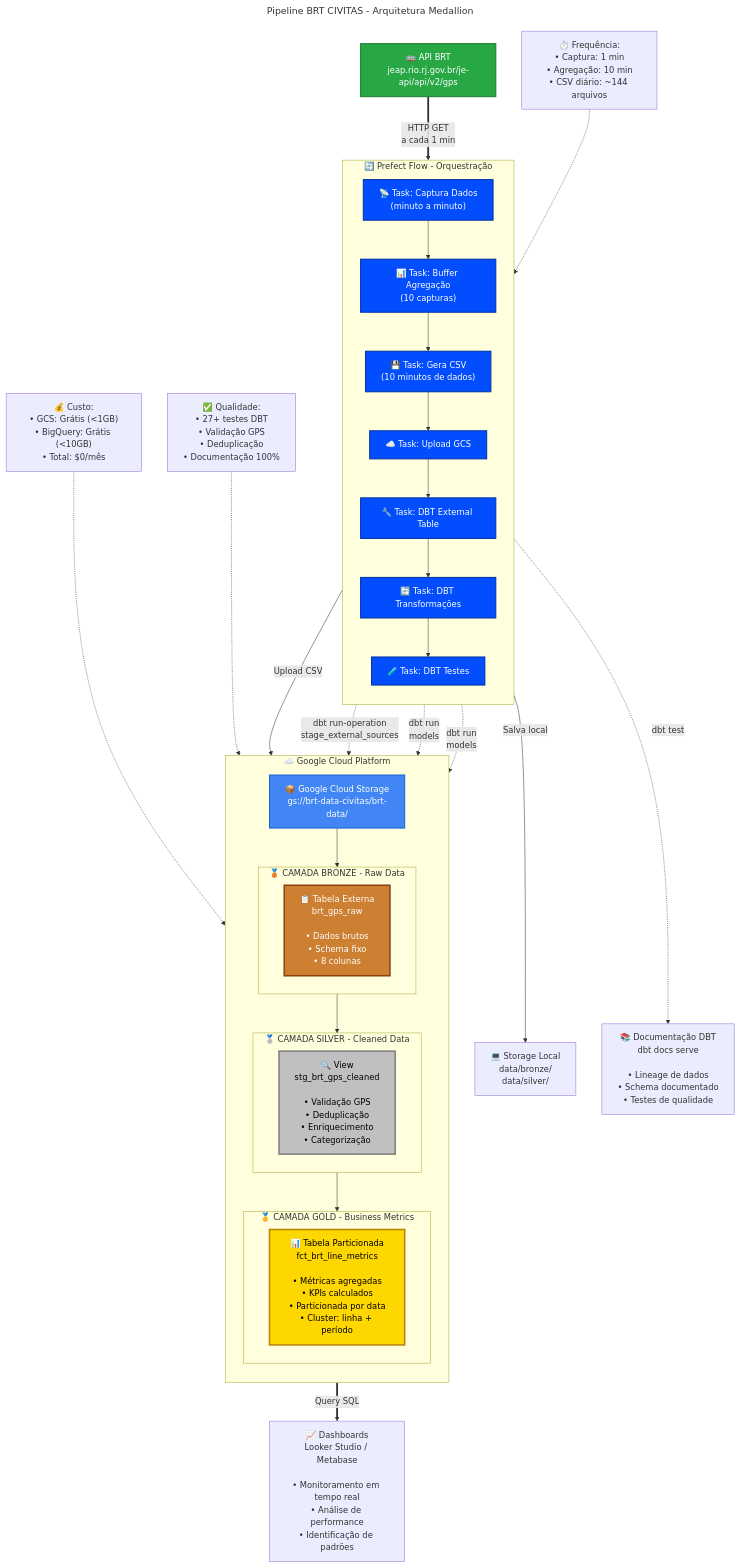
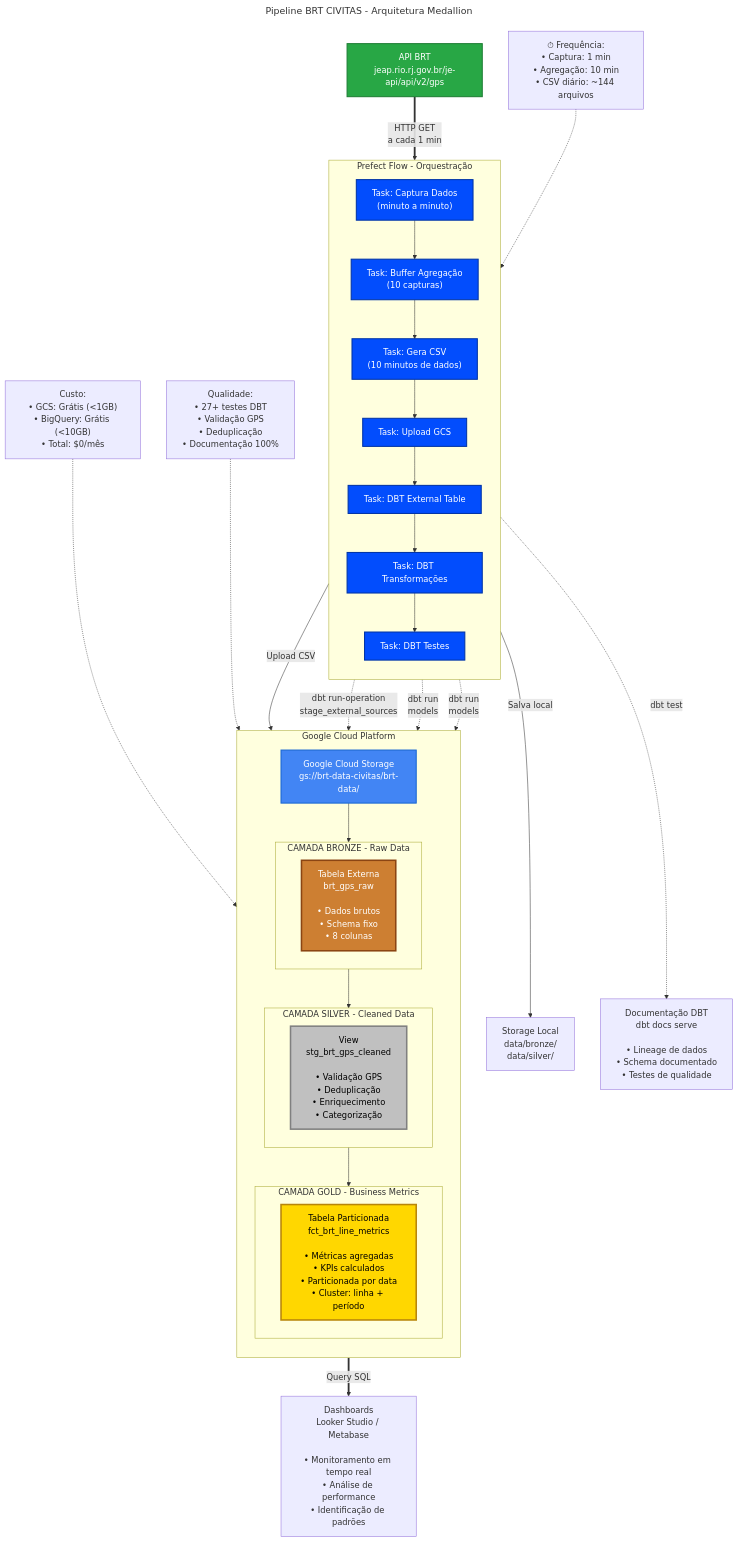
One commit to ingridasgracas/desafio-civitas-brt changed the diagram in docs/DIAGRAMA_ARQUITETURA.md. Above: the diagram before and after it, drawn with Mermaid. The commit also changed other lines of this file and 43 other files, not shown here.

```diff
--- a/docs/DIAGRAMA_ARQUITETURA.md
+++ b/docs/DIAGRAMA_ARQUITETURA.md
@@ -14,18 +14,18 @@
     classDef api fill:#28a745,stroke:#1e7e34,stroke-width:2px,color:#fff
     
     %% API BRT
-    API["🚌 API BRT<br/>jeap.rio.rj.gov.br/je-api/api/v2/gps"]:::api
+    API[" API BRT<br/>jeap.rio.rj.gov.br/je-api/api/v2/gps"]:::api
     
     %% Prefect Flow
-    subgraph PREFECT["🔄 Prefect Flow - Orquestração"]
+    subgraph PREFECT[" Prefect Flow - Orquestração"]
         direction TB
-        T1["📡 Task: Captura Dados<br/>(minuto a minuto)"]:::prefect
-        T2["📊 Task: Buffer Agregação<br/>(10 capturas)"]:::prefect
-        T3["💾 Task: Gera CSV<br/>(10 minutos de dados)"]:::prefect
-        T4["☁️ Task: Upload GCS"]:::prefect
-        T5["🔧 Task: DBT External Table"]:::prefect
-        T6["🔄 Task: DBT Transformações"]:::prefect
-        T7["🧪 Task: DBT Testes"]:::prefect
+        T1[" Task: Captura Dados<br/>(minuto a minuto)"]:::prefect
+        T2[" Task: Buffer Agregação<br/>(10 capturas)"]:::prefect
+        T3[" Task: Gera CSV<br/>(10 minutos de dados)"]:::prefect
+        T4[" Task: Upload GCS"]:::prefect
+        T5[" Task: DBT External Table"]:::prefect
+        T6[" Task: DBT Transformações"]:::prefect
+        T7[" Task: DBT Testes"]:::prefect
         
         T1 --> T2
         T2 --> T3
@@ -36,31 +36,31 @@
     end
     
     %% Storage Local
-    LOCAL["💻 Storage Local<br/>data/bronze/<br/>data/silver/"]
+    LOCAL[" Storage Local<br/>data/bronze/<br/>data/silver/"]
     
     %% Google Cloud Platform
-    subgraph GCP["☁️ Google Cloud Platform"]
+    subgraph GCP[" Google Cloud Platform"]
         direction TB
         
         %% Cloud Storage
-        GCS["📦 Google Cloud Storage<br/>gs://brt-data-civitas/brt-data/"]:::gcp
+        GCS[" Google Cloud Storage<br/>gs://brt-data-civitas/brt-data/"]:::gcp
         
         %% BigQuery - Bronze
-        subgraph BRONZE["🥉 CAMADA BRONZE - Raw Data"]
+        subgraph BRONZE[" CAMADA BRONZE - Raw Data"]
             direction LR
-            BQ_EXT["📋 Tabela Externa<br/>brt_gps_raw<br/><br/>• Dados brutos<br/>• Schema fixo<br/>• 8 colunas"]:::bronze
+            BQ_EXT[" Tabela Externa<br/>brt_gps_raw<br/><br/>• Dados brutos<br/>• Schema fixo<br/>• 8 colunas"]:::bronze
         end
         
         %% BigQuery - Silver
-        subgraph SILVER["🥈 CAMADA SILVER - Cleaned Data"]
+        subgraph SILVER[" CAMADA SILVER - Cleaned Data"]
             direction LR
-            BQ_SILVER["🔍 View<br/>stg_brt_gps_cleaned<br/><br/>• Validação GPS<br/>• Deduplicação<br/>• Enriquecimento<br/>• Categorização"]:::silver
+            BQ_SILVER[" View<br/>stg_brt_gps_cleaned<br/><br/>• Validação GPS<br/>• Deduplicação<br/>• Enriquecimento<br/>• Categorização"]:::silver
         end
         
         %% BigQuery - Gold
-        subgraph GOLD["🥇 CAMADA GOLD - Business Metrics"]
+        subgraph GOLD[" CAMADA GOLD - Business Metrics"]
             direction LR
-            BQ_GOLD["📊 Tabela Particionada<br/>fct_brt_line_metrics<br/><br/>• Métricas agregadas<br/>• KPIs calculados<br/>• Particionada por data<br/>• Cluster: linha + período"]:::gold
+            BQ_GOLD[" Tabela Particionada<br/>fct_brt_line_metrics<br/><br/>• Métricas agregadas<br/>• KPIs calculados<br/>• Particionada por data<br/>• Cluster: linha + período"]:::gold
         end
         
         GCS --> BQ_EXT
@@ -69,10 +69,10 @@
     end
     
     %% Dashboards
-    DASH["📈 Dashboards<br/>Looker Studio / Metabase<br/><br/>• Monitoramento em tempo real<br/>• Análise de performance<br/>• Identificação de padrões"]
+    DASH[" Dashboards<br/>Looker Studio / Metabase<br/><br/>• Monitoramento em tempo real<br/>• Análise de performance<br/>• Identificação de padrões"]
     
     %% Documentação
-    DOCS["📚 Documentação DBT<br/>dbt docs serve<br/><br/>• Lineage de dados<br/>• Schema documentado<br/>• Testes de qualidade"]
+    DOCS[" Documentação DBT<br/>dbt docs serve<br/><br/>• Lineage de dados<br/>• Schema documentado<br/>• Testes de qualidade"]
     
     %% Fluxo principal
     API ==>|"HTTP GET<br/>a cada 1 min"| T1
@@ -89,9 +89,9 @@
     BQ_GOLD ==>|"Query SQL"| DASH
     
     %% Anotações
-    NOTE1["⏱️ Frequência:<br/>• Captura: 1 min<br/>• Agregação: 10 min<br/>• CSV diário: ~144 arquivos"]
-    NOTE2["💰 Custo:<br/>• GCS: Grátis (<1GB)<br/>• BigQuery: Grátis (<10GB)<br/>• Total: $0/mês"]
-    NOTE3["✅ Qualidade:<br/>• 27+ testes DBT<br/>• Validação GPS<br/>• Deduplicação<br/>• Documentação 100%"]
+    NOTE1["⏱ Frequência:<br/>• Captura: 1 min<br/>• Agregação: 10 min<br/>• CSV diário: ~144 arquivos"]
+    NOTE2[" Custo:<br/>• GCS: Grátis (<1GB)<br/>• BigQuery: Grátis (<10GB)<br/>• Total: $0/mês"]
+    NOTE3[" Qualidade:<br/>• 27+ testes DBT<br/>• Validação GPS<br/>• Deduplicação<br/>• Documentação 100%"]
     
     %% Posicionamento das notas
     NOTE1 -.-> PREFECT
```
